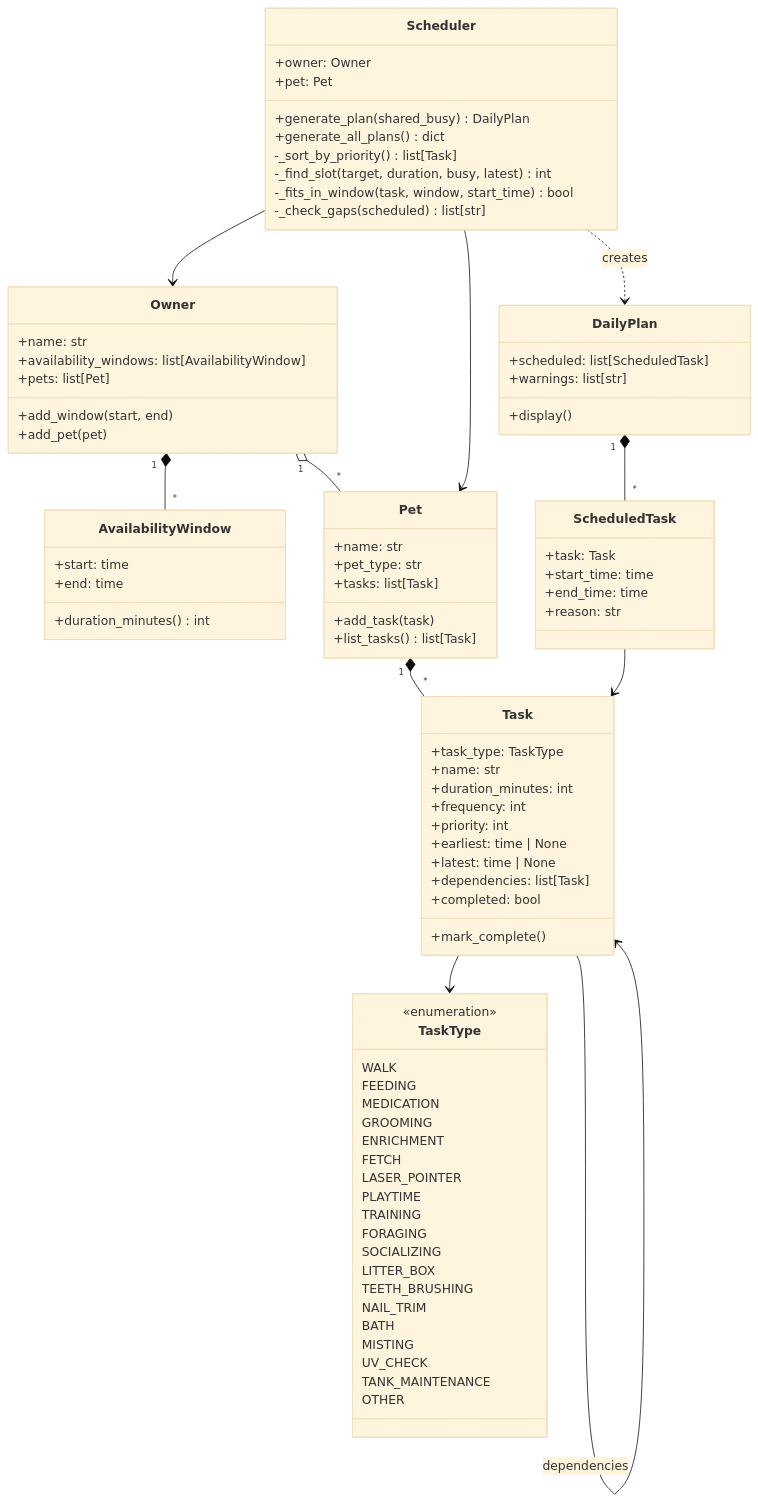
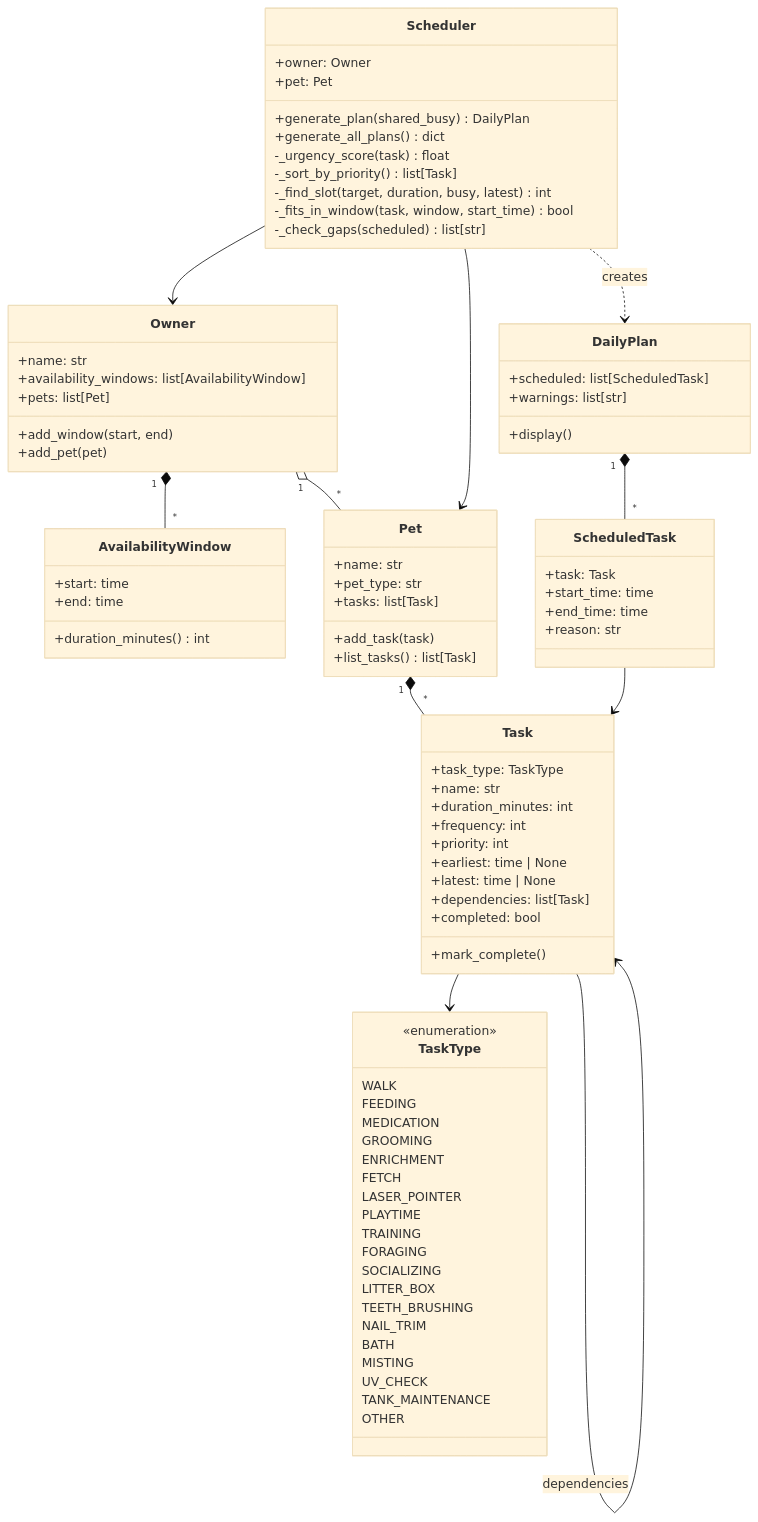
One commit to serena42/ai110-mod2-pawpal changed the diagram in uml.md. Above: the diagram before and after it, drawn with Mermaid (base theme).

Commit message:
Add _urgency_score to Scheduler in UML diagram

```diff
--- a/uml.md
+++ b/uml.md
@@ -78,6 +78,7 @@
         +pet: Pet
         +generate_plan(shared_busy) DailyPlan
         +generate_all_plans() dict
+        -_urgency_score(task) float
         -_sort_by_priority() list[Task]
         -_find_slot(target, duration, busy, latest) int
         -_fits_in_window(task, window, start_time) bool
```
